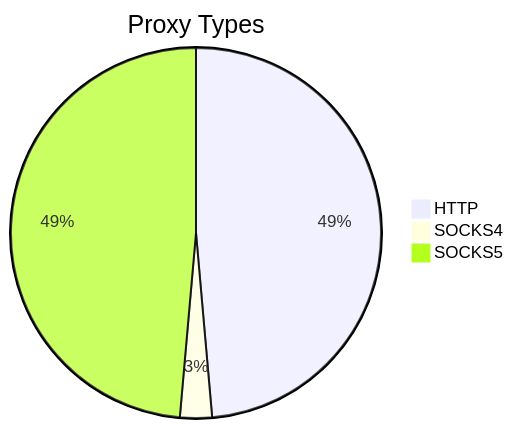
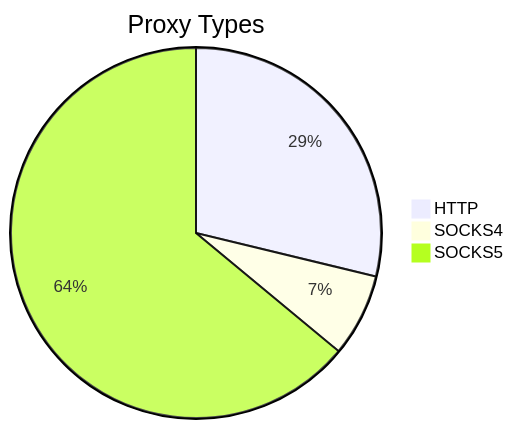
Before and after one commit to stormsia/proxy-list: the first of 2 diagrams in README.md, drawn with Mermaid. The commit also changed other lines of this file, not shown here.

````diff
--- a/README.md
+++ b/README.md
@@ -21,6 +21,6 @@
 ```mermaid
 pie title Proxy Types
-    "HTTP" : 122
-    "SOCKS4" : 7
-    "SOCKS5" : 122
+    "HTTP" : 179
+    "SOCKS4" : 45
+    "SOCKS5" : 398
 ```
````
